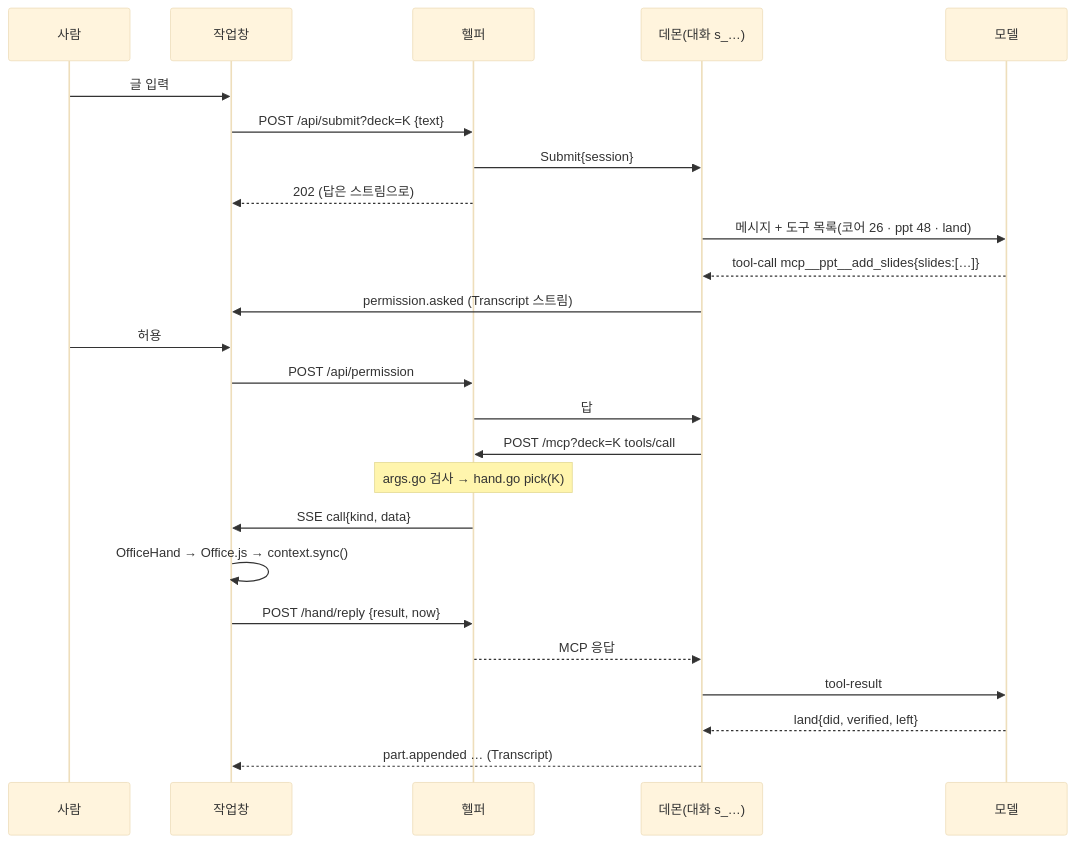
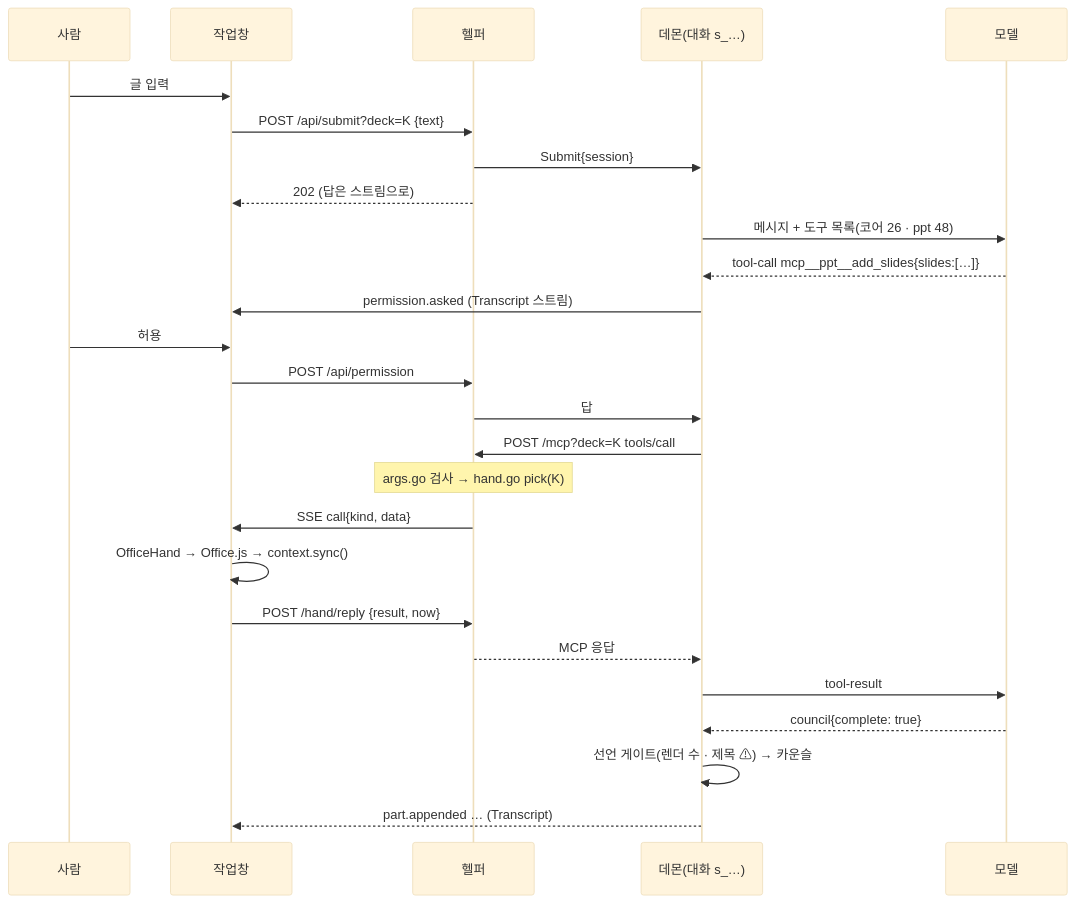
The second of 7 diagrams in clients/powerpoint/docs/DIAGRAMS.ko.md (sayaya1090/magi), drawn with Mermaid (base theme) before and after one commit. The commit also changed other lines of this file and 4 other files, not shown here.

Commit message:
ppt/docs: 끝내는 문 하나와 선언 게이트 — TOOLS §4 재작성, 다이어그램·아키텍처·매뉴얼 문구, 세 런 실측

````diff
--- a/clients/powerpoint/docs/DIAGRAMS.ko.md
+++ b/clients/powerpoint/docs/DIAGRAMS.ko.md
@@ -52,27 +52,28 @@
 ```mermaid
 sequenceDiagram
   participant U as 사람
   participant P as 작업창
   participant H as 헬퍼
   participant D as 데몬(대화 s_…)
   participant M as 모델
   U->>P: 글 입력
   P->>H: POST /api/submit?deck=K {text}
   H->>D: Submit{session}
   H-->>P: 202 (답은 스트림으로)
-  D->>M: 메시지 + 도구 목록(코어 26 · ppt 48 · land)
+  D->>M: 메시지 + 도구 목록(코어 26 · ppt 48)
   M-->>D: tool-call mcp__ppt__add_slides{slides:[…]}
   D->>P: permission.asked (Transcript 스트림)
   U->>P: 허용
   P->>H: POST /api/permission
   H->>D: 답
   D->>H: POST /mcp?deck=K tools/call
   Note over H: args.go 검사 → hand.go pick(K)
   H->>P: SSE call{kind, data}
   P->>P: OfficeHand → Office.js → context.sync()
   P->>H: POST /hand/reply {result, now}
   H-->>D: MCP 응답
   D->>M: tool-result
-  M-->>D: land{did, verified, left}
+  M-->>D: council{complete: true}
+  D->>D: 선언 게이트(렌더 수 · 제목 ⚠) → 카운슬
   D-->>P: part.appended … (Transcript)
 ```
````
